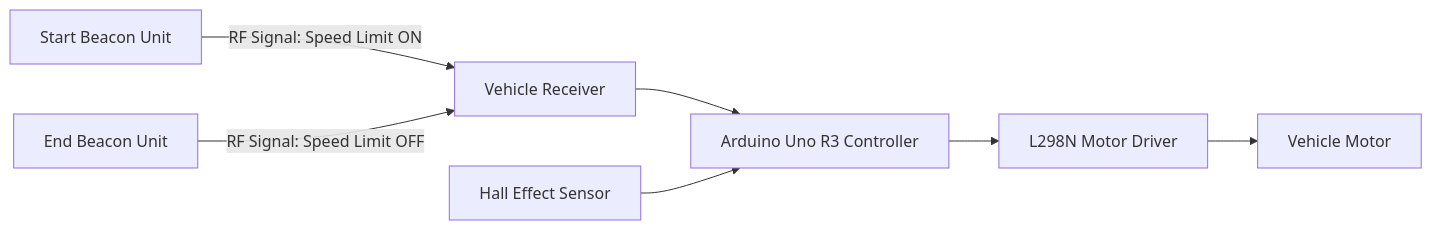
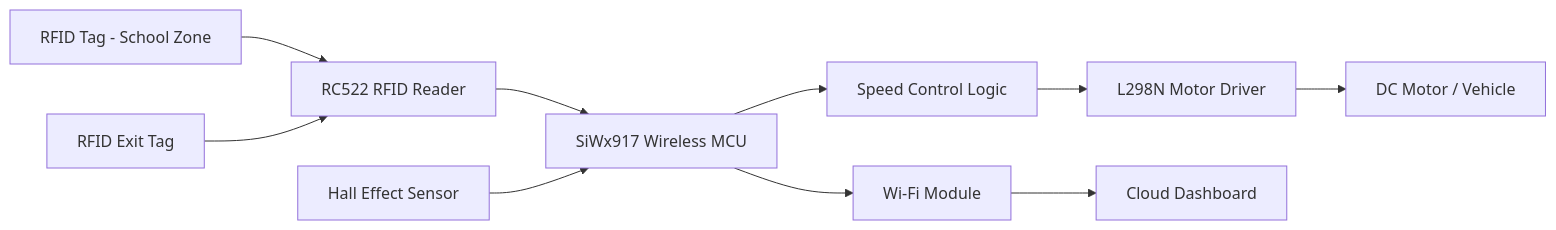
One commit to winsome-nandini/Automatic-Vehicle-Speed-Limiter-for-School-Hospital-Zones changed the first of 2 diagrams in README.md. Above: the diagram before and after it, drawn with Mermaid. The commit also changed other lines of this file, not shown here.

````diff
--- a/README.md
+++ b/README.md
@@ -32,15 +32,24 @@
 ```mermaid
 flowchart LR
 
-A[Start Beacon Unit] -->|RF Signal: Speed Limit ON| B[Vehicle Receiver]
+A[RFID Tag - School Zone]
+--> B[RC522 RFID Reader]
 
-B --> C[Arduino Uno R3 Controller]
+B --> C[SiWx917 Wireless MCU]
 
-D[Hall Effect Sensor] --> C
+D[Hall Effect Sensor]
+--> C
 
-C --> E[L298N Motor Driver]
+C --> E[Speed Control Logic]
 
-E --> F[Vehicle Motor]
+E --> F[L298N Motor Driver]
 
-G[End Beacon Unit] -->|RF Signal: Speed Limit OFF| B
+F --> G[DC Motor / Vehicle]
+
+C --> H[Wi-Fi Module]
+
+H --> I[Cloud Dashboard]
+
+J[RFID Exit Tag]
+--> B
 ```
````
